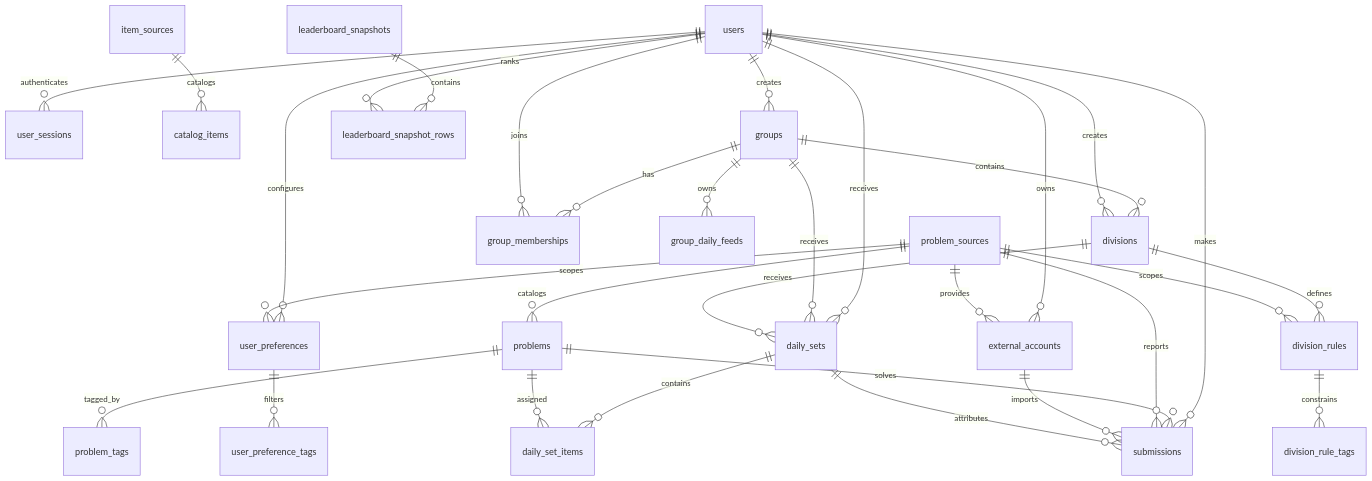
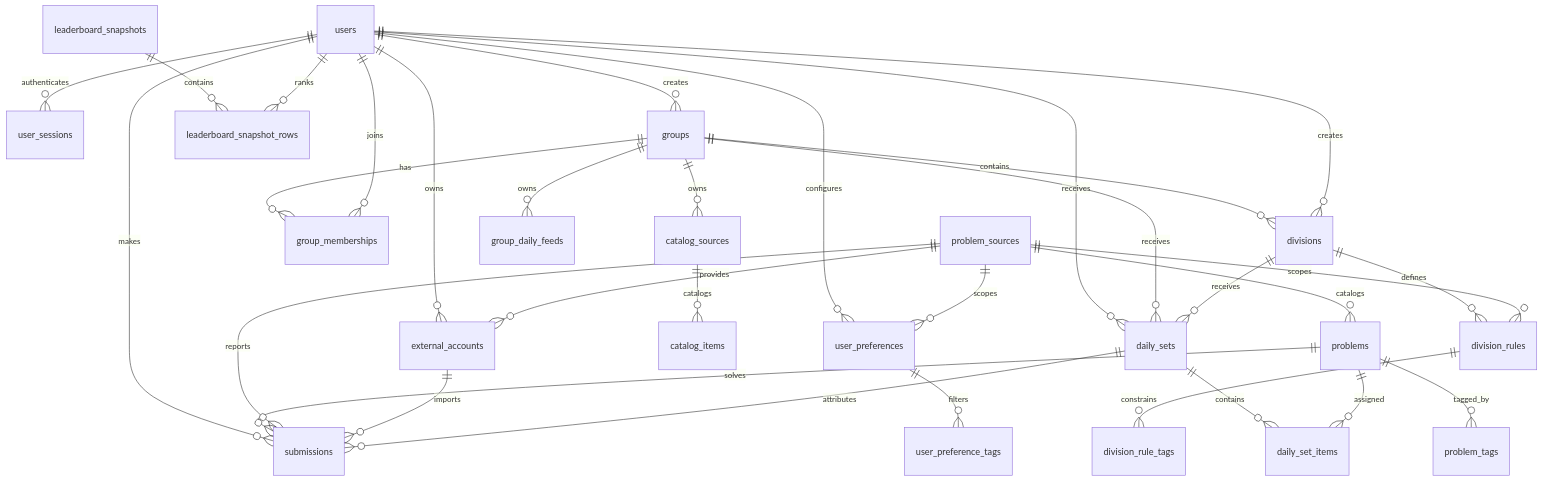
One commit to JTan2231/arcade changed the diagram in docs/data-model.md. Above: the diagram before and after it, drawn with Mermaid. The commit also changed other lines of this file and 11 other files, not shown here.

````diff
--- a/docs/data-model.md
+++ b/docs/data-model.md
@@ -23,38 +23,39 @@
 ```mermaid
 erDiagram
     users ||--o{ user_sessions : authenticates
     users ||--o{ external_accounts : owns
     problem_sources ||--o{ external_accounts : provides
     problem_sources ||--o{ problems : catalogs
     problems ||--o{ problem_tags : tagged_by
-    item_sources ||--o{ catalog_items : catalogs
 
     users ||--o{ user_preferences : configures
     problem_sources ||--o{ user_preferences : scopes
     user_preferences ||--o{ user_preference_tags : filters
 
     users ||--o{ groups : creates
     groups ||--o{ group_memberships : has
+    groups ||--o{ catalog_sources : owns
+    catalog_sources ||--o{ catalog_items : catalogs
     groups ||--o{ group_daily_feeds : owns
     users ||--o{ group_memberships : joins
     groups ||--o{ divisions : contains
     users ||--o{ divisions : creates
     divisions ||--o{ division_rules : defines
     problem_sources ||--o{ division_rules : scopes
     division_rules ||--o{ division_rule_tags : constrains
 
     users ||--o{ daily_sets : receives
     groups ||--o{ daily_sets : receives
     divisions ||--o{ daily_sets : receives
     daily_sets ||--o{ daily_set_items : contains
     problems ||--o{ daily_set_items : assigned
 
     users ||--o{ submissions : makes
     problems ||--o{ submissions : solves
     problem_sources ||--o{ submissions : reports
     external_accounts ||--o{ submissions : imports
     daily_sets ||--o{ submissions : attributes
 
     leaderboard_snapshots ||--o{ leaderboard_snapshot_rows : contains
     users ||--o{ leaderboard_snapshot_rows : ranks
 ```
````
